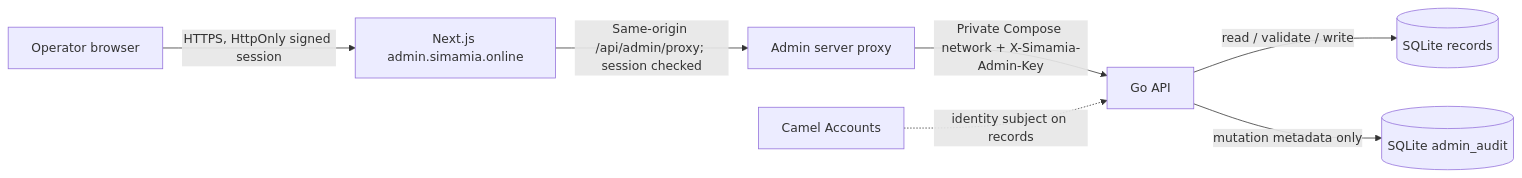
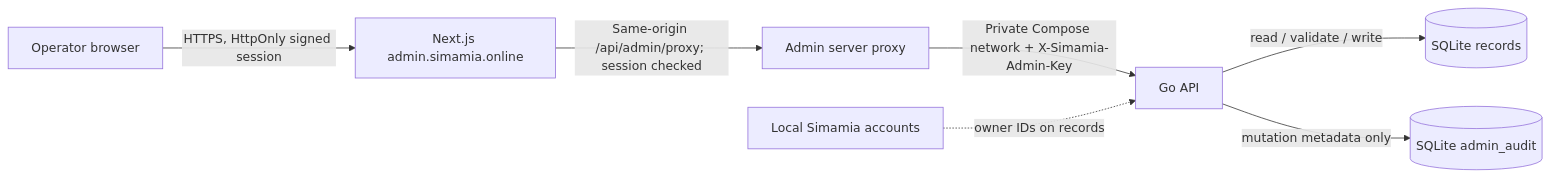
The diagram in docs/admin-console.md (troubleman96/simamia-opensource), drawn with Mermaid before and after one commit. The commit also changed other lines of this file and 53 other files, not shown here.

Commit message:
feat: replace Camel auth with local accounts

````diff
--- a/docs/admin-console.md
+++ b/docs/admin-console.md
@@ -7,9 +7,9 @@
 ```mermaid
 flowchart LR
   Operator[Operator browser] -->|HTTPS, HttpOnly signed session| Admin[Next.js admin.simamia.online]
   Admin -->|Same-origin /api/admin/proxy; session checked| Proxy[Admin server proxy]
   Proxy -->|Private Compose network + X-Simamia-Admin-Key| API[Go API]
   API -->|read / validate / write| SQLite[(SQLite records)]
   API -->|mutation metadata only| Audit[(SQLite admin_audit)]
-  Camel[Camel Accounts] -. identity subject on records .-> API
+  Accounts[Local Simamia accounts] -. owner IDs on records .-> API
 ```
````
